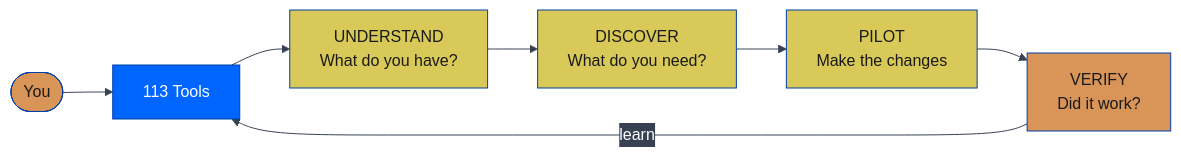
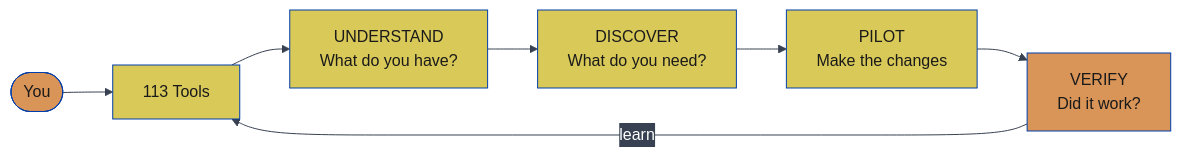
Before and after one commit to JosephOIbrahim/Comfy-Cozy: the seventh of 27 diagrams in README.md, drawn with Mermaid. The commit also changed other lines of this file, not shown here.

First line of the commit message:
[DOCS] Normalize mermaid palette: force two-tone orange/yellow with black text

````diff
--- a/README.md
+++ b/README.md
@@ -501,16 +513,17 @@
 ```mermaid
 %%{init: {'theme':'base','themeVariables': {'primaryColor':'#0066FF','primaryTextColor':'#ffffff','primaryBorderColor':'#003eaa','lineColor':'#374151','secondaryColor':'#374151','tertiaryColor':'#1f2937','fontFamily':'monospace'}}}%%
 graph LR
     You([You]) --> Agent[113 Tools]
     Agent --> Understand[UNDERSTAND<br/>What do you have?]
     Understand --> Discover[DISCOVER<br/>What do you need?]
     Discover --> Pilot[PILOT<br/>Make the changes]
     Pilot --> Verify[VERIFY<br/>Did it work?]
     Verify -->|learn| Agent
 
     style You fill:#d99458,color:#1a1a1a
     style Understand fill:#d9c958,color:#1a1a1a
     style Discover fill:#d9c958,color:#1a1a1a
     style Pilot fill:#d9c958,color:#1a1a1a
     style Verify fill:#d99458,color:#1a1a1a
+    style Agent fill:#d9c958,color:#1a1a1a
 ```
````
